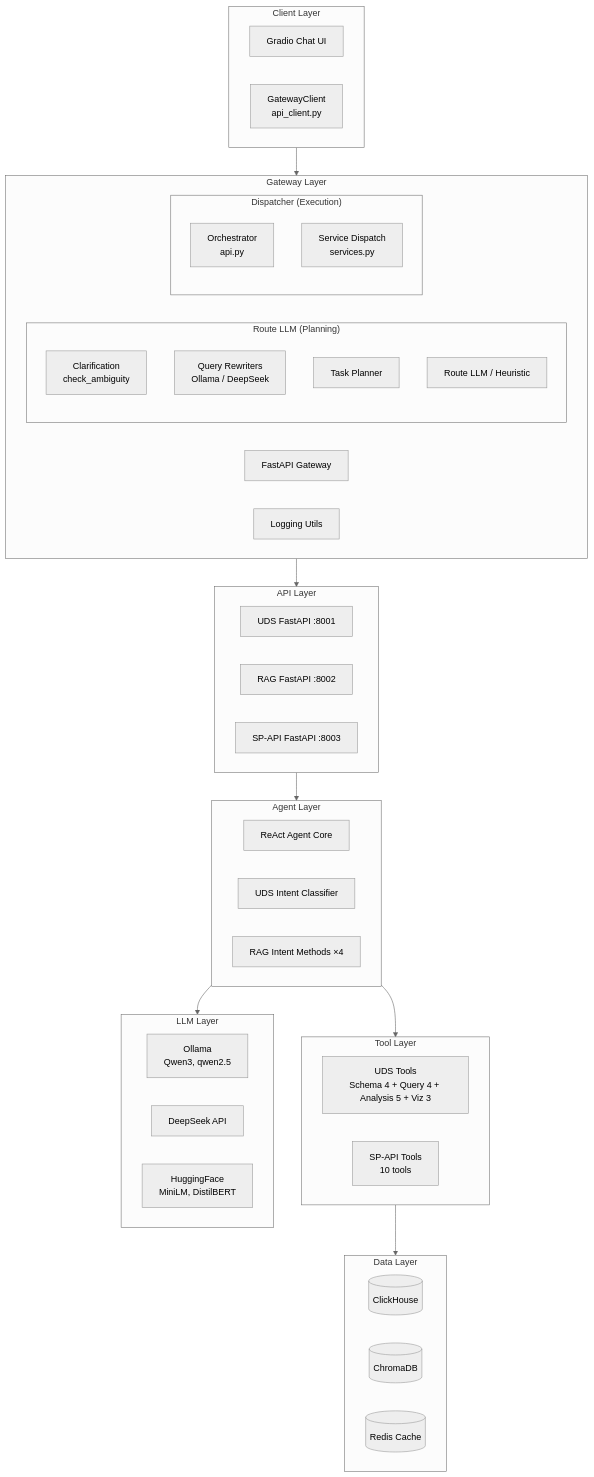
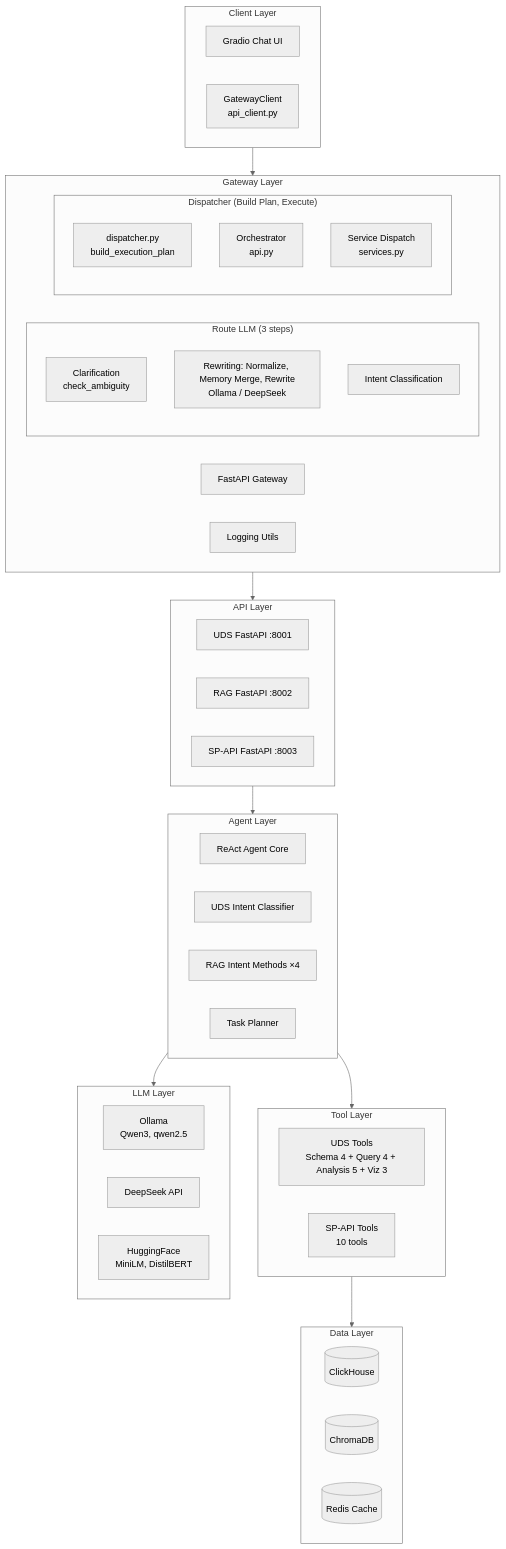
One commit to lenhop/IC-RAG-Agent changed the third of 14 diagrams in docs/FRAMEWORK.md. Above: the diagram before and after it, drawn with Mermaid (neutral theme). The commit also changed other lines of this file and 19 other files, not shown here.

Commit message:
feat: update route llm rewrite routing and tests

````diff
--- a/docs/FRAMEWORK.md
+++ b/docs/FRAMEWORK.md
@@ -126,55 +170,55 @@
 ```mermaid
 flowchart TB
     subgraph L0["Client Layer"]
         Gradio[Gradio Chat UI]
         APIClient[GatewayClient<br/>api_client.py]
     end
 
     subgraph L1["Gateway Layer"]
         GatewayAPI[FastAPI Gateway]
-        subgraph RL["Route LLM (Planning)"]
+        subgraph RL["Route LLM (3 steps)"]
             Clarify[Clarification<br/>check_ambiguity]
-            Rewriters[Query Rewriters<br/>Ollama / DeepSeek]
-            Planner[Planner + Correction]
-            RouteLLMMod[Route LLM / Heuristic]
+            Rewriters[Rewriting: Normalize, Memory Merge, Rewrite<br/>Ollama / DeepSeek]
+            IntentClass[Intent Classification]
         end
-        subgraph Disp["Dispatcher (Execution)"]
+        subgraph Disp["Dispatcher (Build Plan, Execute)"]
+            DispatcherMod[dispatcher.py<br/>build_execution_plan]
             Orch[Orchestrator<br/>api.py]
             Services[Service Dispatch<br/>services.py]
         end
         LogUtils[Logging Utils]
     end
 
     subgraph L2["API Layer"]
         UDS_API[UDS FastAPI :8001]
         RAG_API[RAG FastAPI :8002]
         SP_API[SP-API FastAPI :8003]
     end
 
     subgraph L3["Agent Layer"]
         ReAct[ReAct Agent Core]
         UDS_Intent[UDS Intent Classifier]
         RAG_Intent[RAG Intent Methods ×4]
         Planner[Task Planner]
     end
 
     subgraph L4["Tool Layer"]
         UDS_Tools[UDS Tools<br/>Schema 4 + Query 4 + Analysis 5 + Viz 3]
         SP_Tools[SP-API Tools<br/>10 tools]
     end
 
     subgraph L5["Data Layer"]
         ClickHouse[(ClickHouse)]
         ChromaDB[(ChromaDB)]
         Redis[(Redis Cache)]
     end
 
     subgraph L6["LLM Layer"]
         Ollama[Ollama<br/>Qwen3, qwen2.5]
         DeepSeek[DeepSeek API]
         HF[HuggingFace<br/>MiniLM, DistilBERT]
     end
 
     L0 --> L1 --> L2 --> L3 --> L4 --> L5
     L3 --> L6
 ```
````
